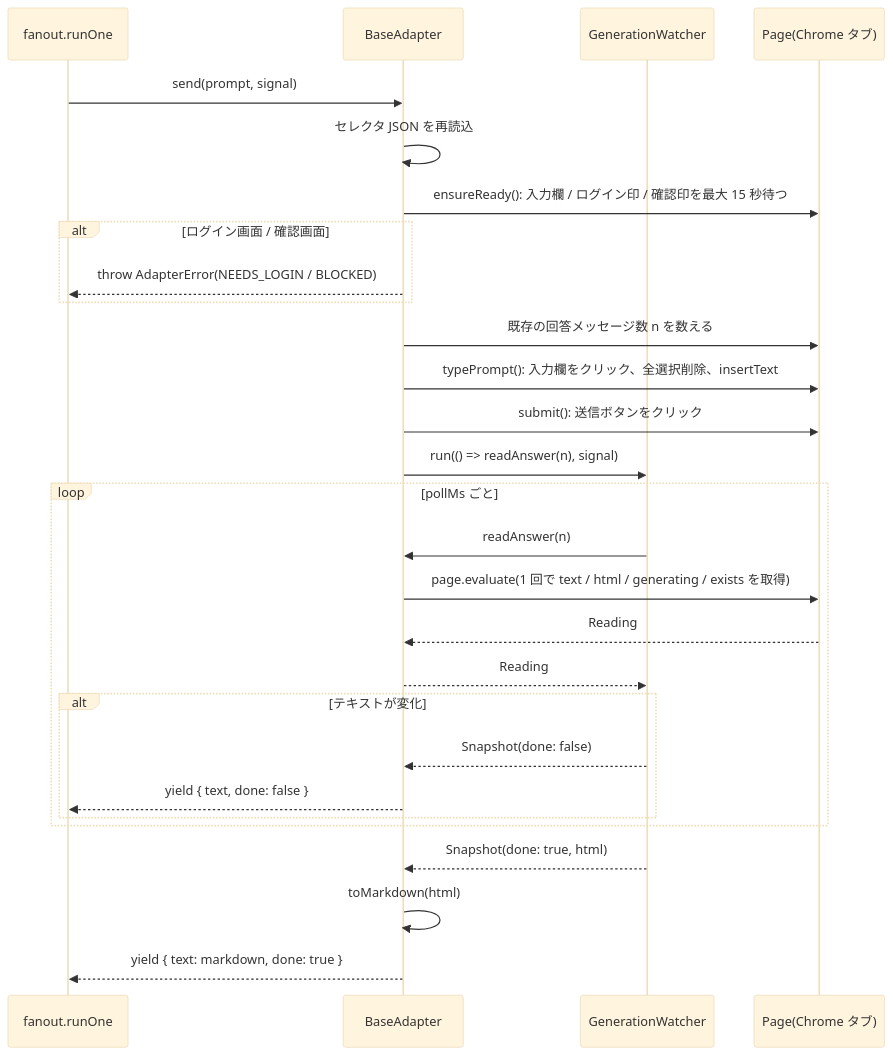
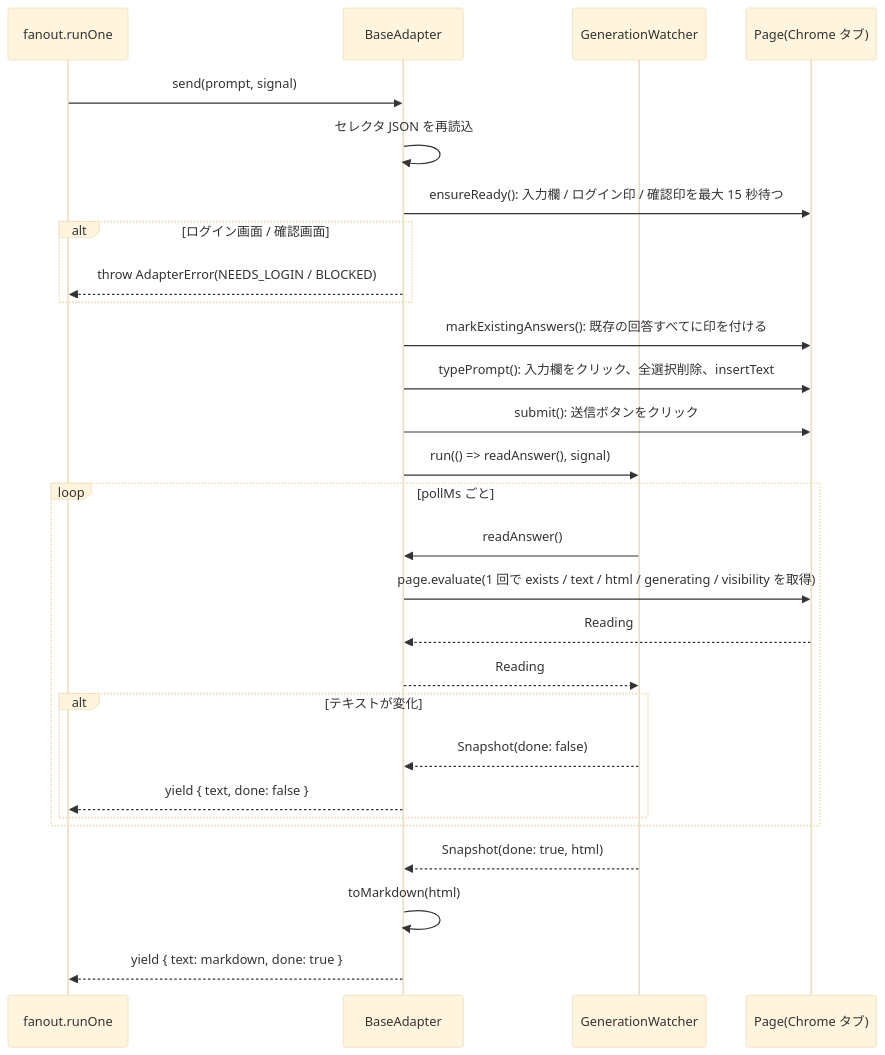
The fourth of 12 diagrams in docs/design.md (MotoyukiKatsumata/katsu-magi), drawn with Mermaid (base theme) before and after one commit. The commit also changed other lines of this file and 29 other files, not shown here.

````diff
--- a/docs/design.md
+++ b/docs/design.md
@@ -316,31 +325,31 @@
 ```mermaid
 sequenceDiagram
     participant O as fanout.runOne
     participant A as BaseAdapter
     participant W as GenerationWatcher
     participant P as Page(Chrome タブ)
 
     O->>A: send(prompt, signal)
     A->>A: セレクタ JSON を再読込
     A->>P: ensureReady(): 入力欄 / ログイン印 / 確認印を最大 15 秒待つ
     alt ログイン画面 / 確認画面
         A-->>O: throw AdapterError(NEEDS_LOGIN / BLOCKED)
     end
-    A->>P: 既存の回答メッセージ数 n を数える
+    A->>P: markExistingAnswers(): 既存の回答すべてに印を付ける
     A->>P: typePrompt(): 入力欄をクリック、全選択削除、insertText
     A->>P: submit(): 送信ボタンをクリック
-    A->>W: run(() => readAnswer(n), signal)
+    A->>W: run(() => readAnswer(), signal)
     loop pollMs ごと
-        W->>A: readAnswer(n)
-        A->>P: page.evaluate(1 回で text / html / generating / exists を取得)
+        W->>A: readAnswer()
+        A->>P: page.evaluate(1 回で exists / text / html / generating / visibility を取得)
         P-->>A: Reading
         A-->>W: Reading
         alt テキストが変化
             W-->>A: Snapshot(done: false)
             A-->>O: yield { text, done: false }
         end
     end
     W-->>A: Snapshot(done: true, html)
     A->>A: toMarkdown(html)
     A-->>O: yield { text: markdown, done: true }
 ```
````
